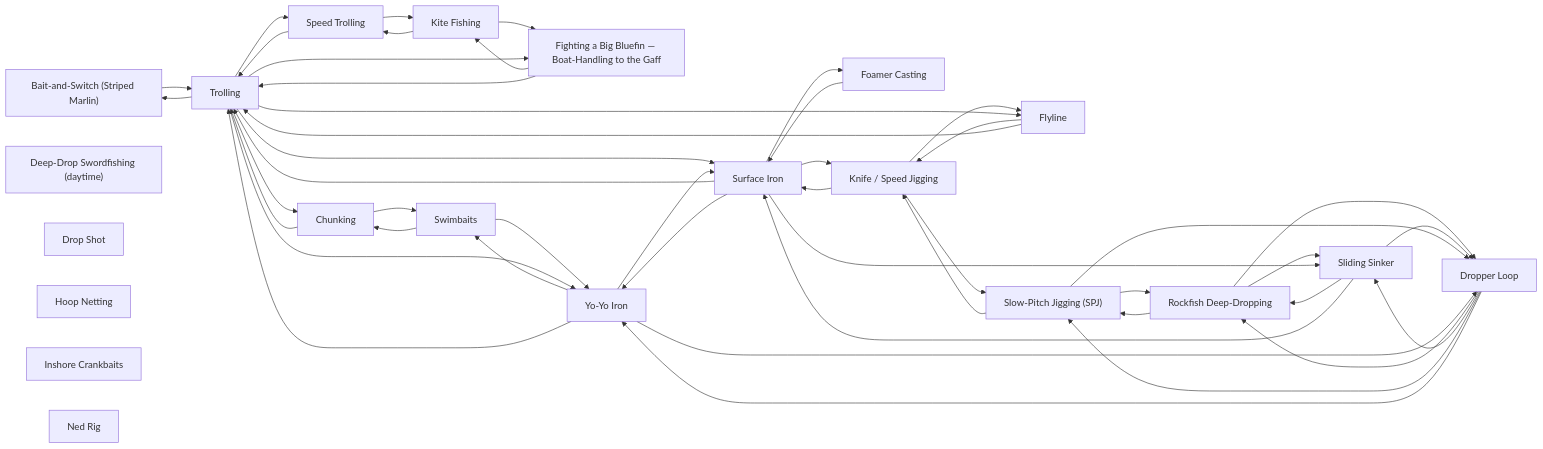
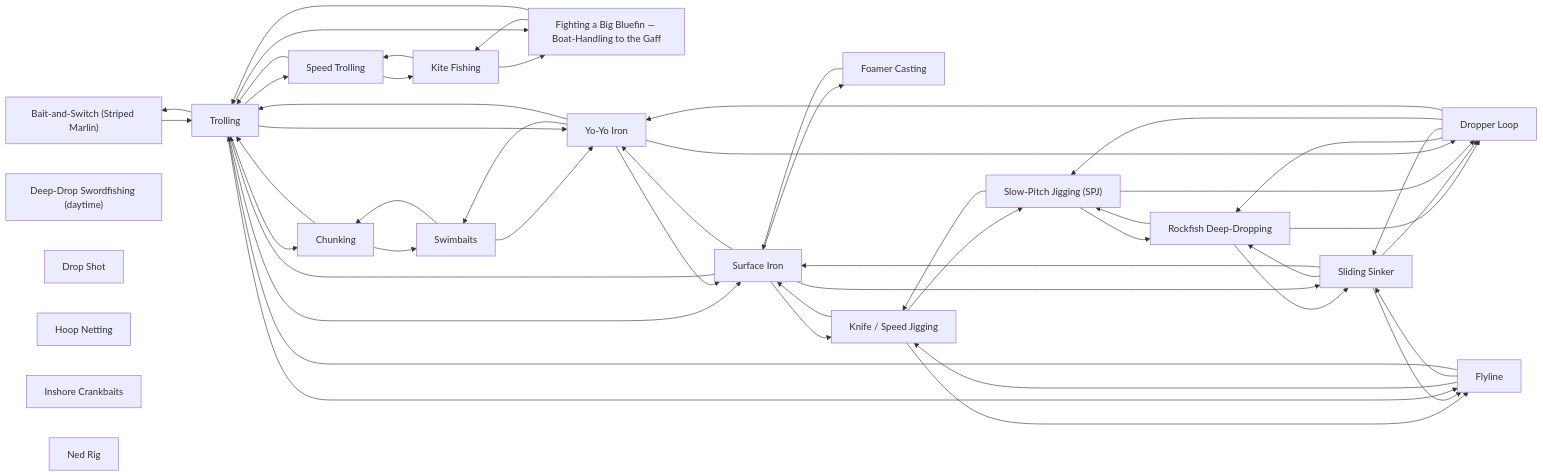
One commit to camchuckpete-max/Socal-Fishing-Knowledge changed the diagram in techniques/README.md. Above: the diagram before and after it, drawn with Mermaid. The commit also changed 4 other files, not shown here.

````diff
--- a/techniques/README.md
+++ b/techniques/README.md
@@ -34,70 +34,72 @@
 ```mermaid
 graph LR
   n0["Bait-and-Switch (Striped Marlin)"]
   n1["Chunking"]
   n2["Deep-Drop Swordfishing (daytime)"]
   n3["Drop Shot"]
   n4["Dropper Loop"]
   n5["Fighting a Big Bluefin — Boat-Handling to the Gaff"]
   n6["Flyline"]
   n7["Foamer Casting"]
   n8["Hoop Netting"]
   n9["Inshore Crankbaits"]
   n10["Kite Fishing"]
   n11["Knife / Speed Jigging"]
   n12["Ned Rig"]
   n13["Rockfish Deep-Dropping"]
   n14["Sliding Sinker"]
   n15["Slow-Pitch Jigging (SPJ)"]
   n16["Speed Trolling"]
   n17["Surface Iron"]
   n18["Swimbaits"]
   n19["Trolling"]
   n20["Yo-Yo Iron"]
   n0 --> n19
   n1 --> n18
   n1 --> n19
   n10 --> n16
   n10 --> n5
   n11 --> n15
   n11 --> n17
   n11 --> n6
   n13 --> n14
   n13 --> n15
   n13 --> n4
   n14 --> n13
   n14 --> n17
   n14 --> n4
+  n14 --> n6
   n15 --> n11
   n15 --> n13
   n15 --> n4
   n16 --> n10
   n16 --> n19
   n17 --> n11
   n17 --> n14
   n17 --> n19
   n17 --> n20
   n17 --> n7
   n18 --> n1
   n18 --> n20
   n19 --> n0
   n19 --> n1
   n19 --> n16
   n19 --> n17
   n19 --> n20
   n19 --> n5
   n19 --> n6
   n20 --> n17
   n20 --> n18
   n20 --> n19
   n20 --> n4
   n4 --> n13
   n4 --> n14
   n4 --> n15
   n4 --> n20
   n5 --> n10
   n5 --> n19
   n6 --> n11
+  n6 --> n14
   n6 --> n19
   n7 --> n17
 ```
````
